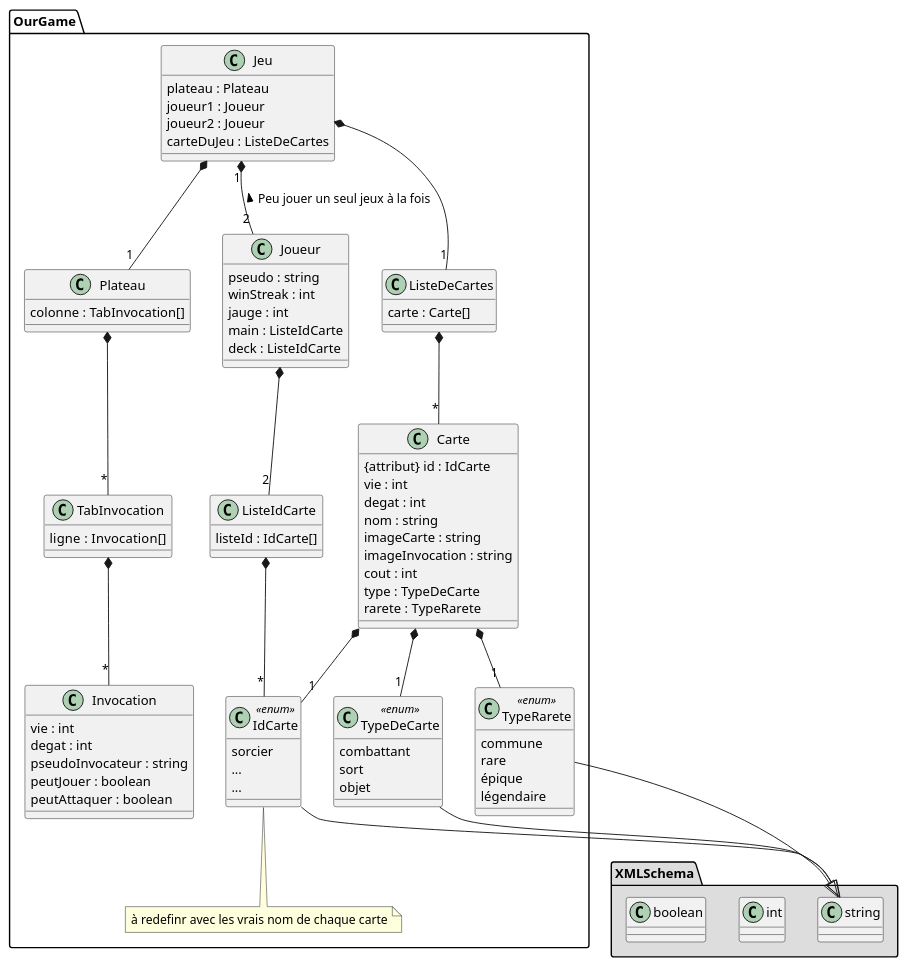
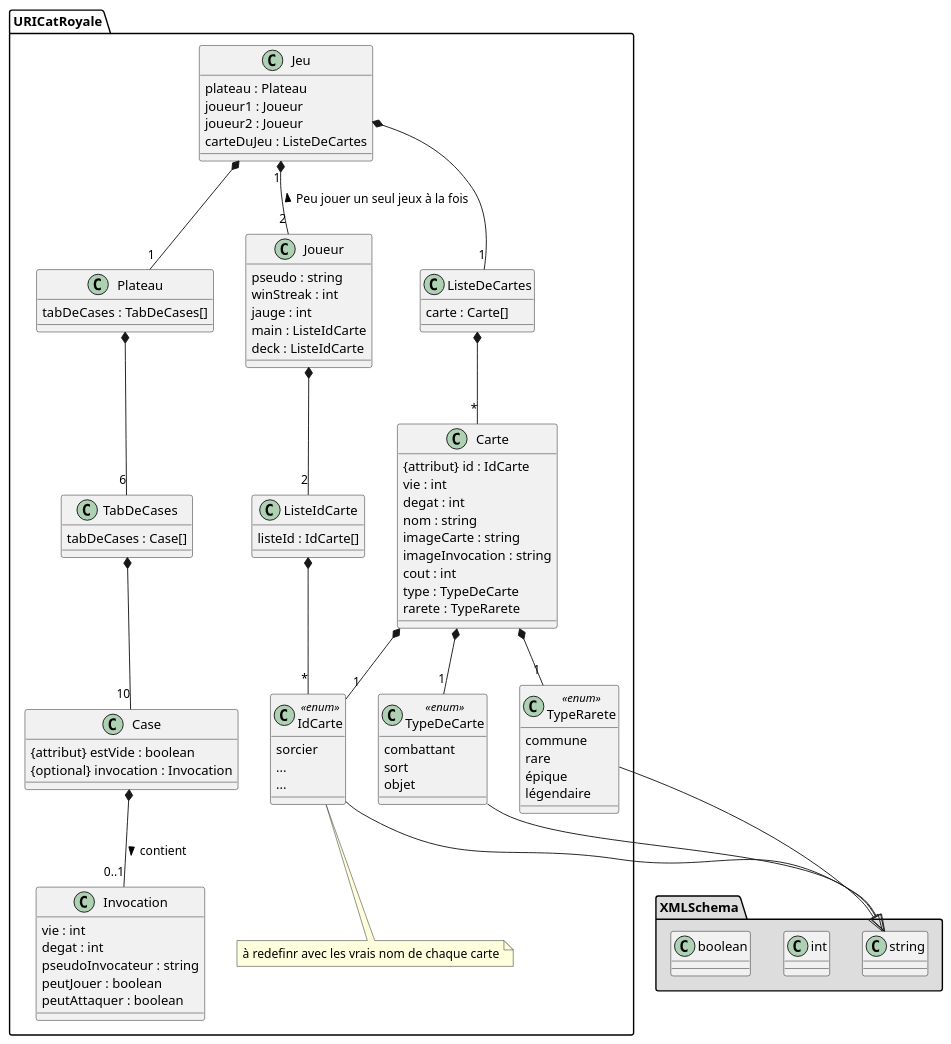
The diagram in data/uml/DiagrammeXML.puml (TennesseeAlves/CatRoyale), drawn with PlantUML before and after one commit. The commit also changed 2 other files, not shown here.

Commit message:
in the making: CatRoyale.xsd (a rajouter type case)

```diff
--- a/data/uml/DiagrammeXML.puml
+++ b/data/uml/DiagrammeXML.puml
@@ -1,106 +1,113 @@
 @startuml
 'skinparam linetype ortho
 
 package XMLSchema #DDD {
     class string
     class int
     class boolean
 }
 
-package OurGame{
+package URICatRoyale {
     
     class Jeu{
         plateau : Plateau
         joueur1 : Joueur
         joueur2 : Joueur
         carteDuJeu : ListeDeCartes
     }
     
     class Plateau { 
-        colonne : TabInvocation[]
+        tabDeCases : TabDeCases[]
     }
     
-    class TabInvocation {
-        ligne :  Invocation[]
+    class TabDeCases {
+        tabDeCases : Case[]
     }
     
+    class Case {
+        {attribut} estVide : boolean
+        {optional} invocation : Invocation
+    }
     
     class Joueur {
         pseudo : string
         winStreak : int
         jauge : int
         main : ListeIdCarte
         deck : ListeIdCarte
     }
     
     class ListeDeCartes {
         carte : Carte[]
     }
     
     class Carte {
         {attribut} id : IdCarte
         vie : int
         degat : int
         nom : string
         imageCarte : string 
         imageInvocation : string 
         cout : int
         type : TypeDeCarte
         rarete : TypeRarete
     }
     
     class IdCarte <<enum>> {
         sorcier 
         ...
         ...
     }
     note bottom of IdCarte : à redefinr avec les vrais nom de chaque carte
     
     class ListeIdCarte  {
         listeId : IdCarte[] 
     }
     
     
     class TypeDeCarte <<enum>> {
         combattant
         sort
         objet
     }
     
     class TypeRarete <<enum>> {
         commune
         rare
         épique
         légendaire
     }
     
     class Invocation {
         vie : int
         degat : int
         pseudoInvocateur : string
         peutJouer : boolean
         peutAttaquer : boolean
     }
     
     Jeu *--"1" Plateau
     Jeu "1"*--"2" Joueur : < Peu jouer un seul jeux à la fois
     Jeu *--"1" ListeDeCartes
     
-    TabInvocation *--"*" Invocation
+    TabDeCases *--"10" Case
+    
+    Case *--"0..1" Invocation : > contient
+    
     Joueur *--"2" ListeIdCarte
     
     ListeDeCartes *--"*" Carte
     
     Carte *--"1" TypeDeCarte
     Carte *--"1" TypeRarete
     Carte *--"1" IdCarte
     
     ListeIdCarte *-- "*" IdCarte
     
-    Plateau *--"*" TabInvocation 
+    Plateau *--"6" TabDeCases
     
-   IdCarte --|> string 
-   TypeDeCarte --|> string 
-   TypeRarete --|> string 
+    IdCarte --|> string 
+    TypeDeCarte --|> string 
+    TypeRarete --|> string 
 }
 @enduml
```
